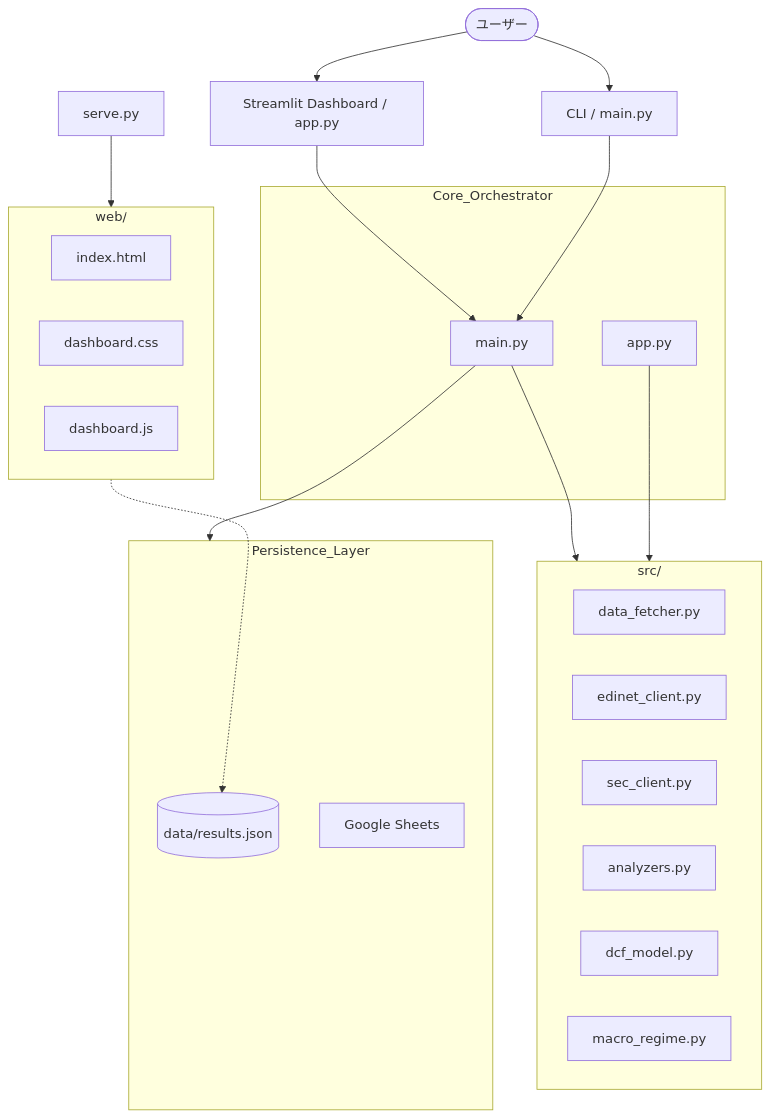
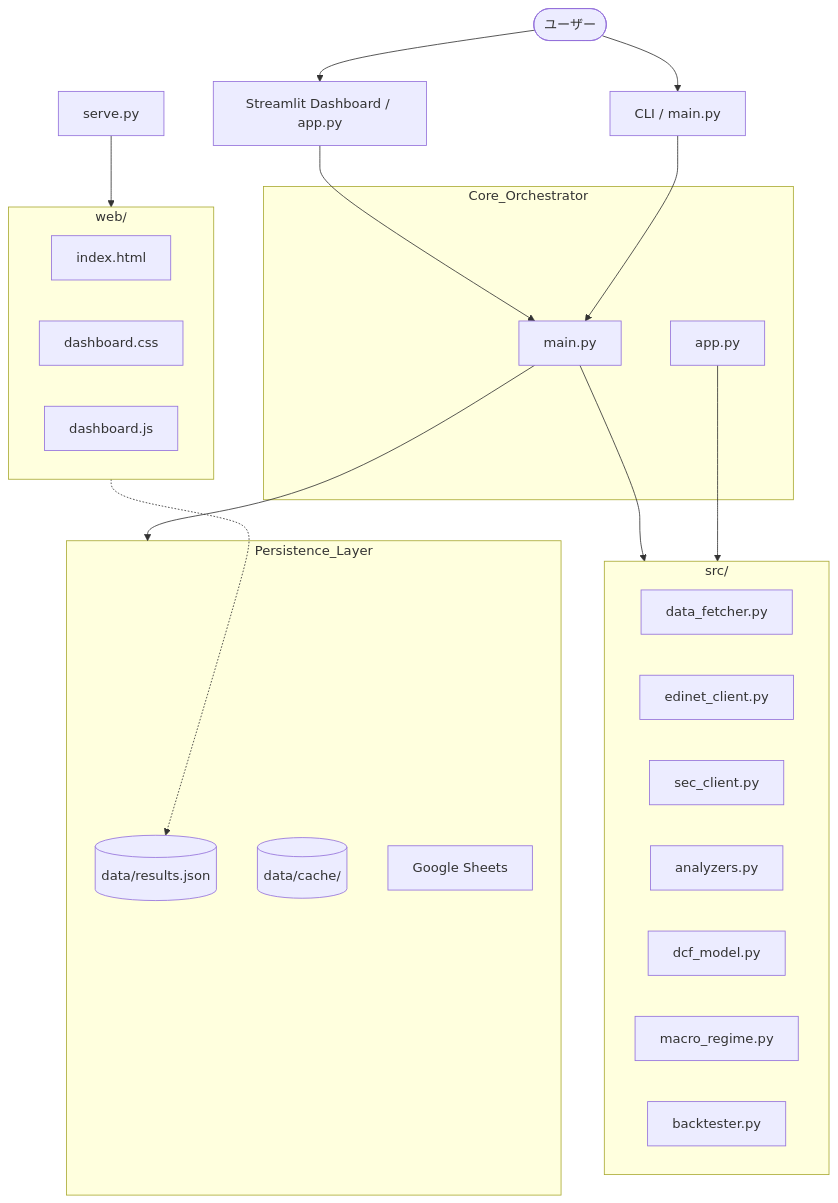
The diagram in docs/system_design.md (mineon09/cio-prototype), drawn with Mermaid before and after one commit. The commit also changed other lines of this file and 9 other files, not shown here.

````diff
--- a/docs/system_design.md
+++ b/docs/system_design.md
@@ -17,39 +29,41 @@
 ```mermaid
 graph TD
     User([ユーザー]) --> Dashboard[Streamlit Dashboard / app.py]
     User --> CLI[CLI / main.py]
     
     subgraph Core_Orchestrator
         main[main.py]
         app[app.py]
     end
     
     subgraph Modules[src/]
         Fetcher[data_fetcher.py]
         Edinet[edinet_client.py]
         SEC[sec_client.py]
         Scoring[analyzers.py]
         DCF[dcf_model.py]
         Macro[macro_regime.py]
+        Backtester[backtester.py]
     end
     
     subgraph Web_Assets[web/]
         Index[index.html]
         CSS[dashboard.css]
         JS[dashboard.js]
     end
     
     subgraph Persistence_Layer
         JSON[(data/results.json)]
+        Cache[(data/cache/)]
         Sheets[Google Sheets]
     end
 
     Dashboard --> main
     CLI --> main
     main --> Modules
     main --> Persistence_Layer
     app --> Modules
     
     serve[serve.py] --> Web_Assets
     Web_Assets -.-> JSON
 ```
````
